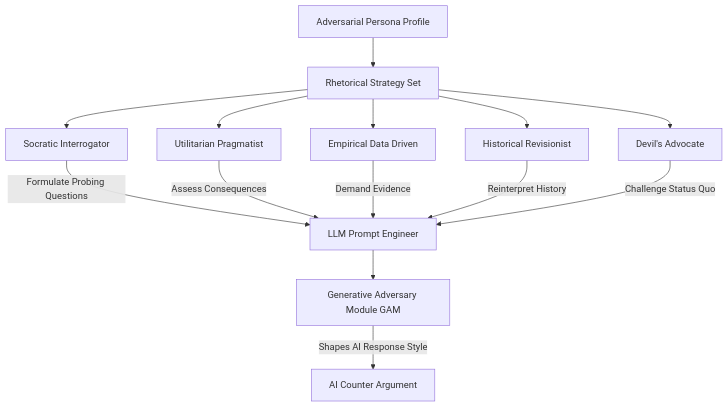
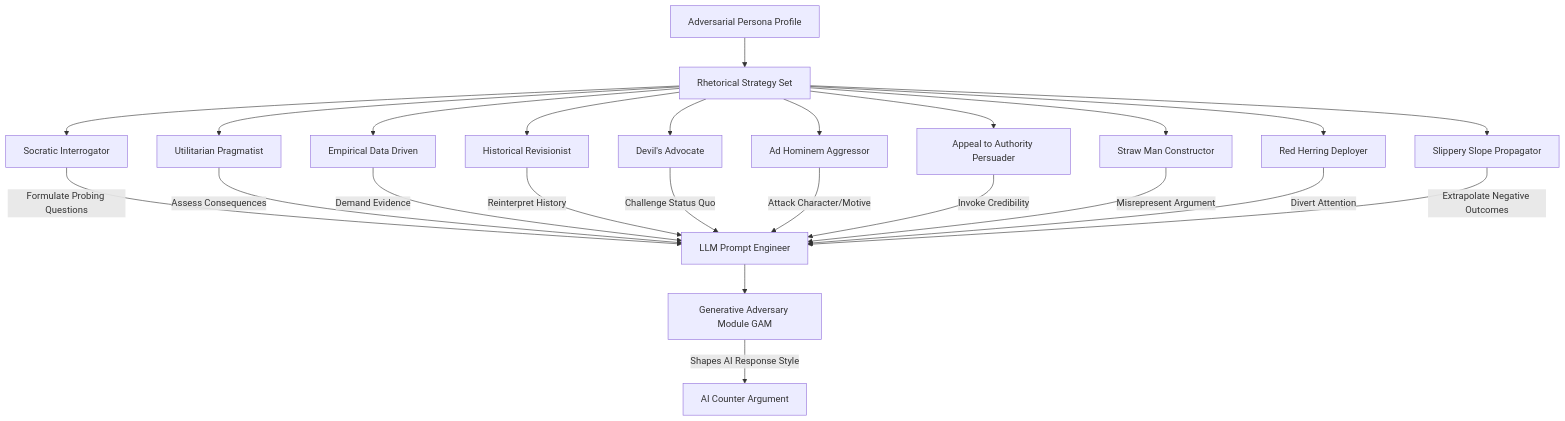
Before and after one commit to diplomat-bit/Citibank_Demo_Business_Inc_Demonstration-: the second of 13 diagrams in inventions/018_ai_debate_adversary/adversarial_persona_strategy.md, drawn with Mermaid. The commit also changed other lines of this file, not shown here.

Commit message:
[AI] Edit: inventions/018_ai_debate_adversary/adversarial_persona_strategy.md

````diff
--- a/inventions/018_ai_debate_adversary/adversarial_persona_strategy.md
+++ b/inventions/018_ai_debate_adversary/adversarial_persona_strategy.md
@@ -67,17 +92,27 @@
 ```mermaid
 graph TD
     A[Adversarial Persona Profile] --> B[Rhetorical Strategy Set];
     B --> C[Socratic Interrogator];
     B --> D[Utilitarian Pragmatist];
     B --> E[Empirical Data Driven];
     B --> F[Historical Revisionist];
     B --> G[Devil's Advocate];
+    B --> H[Ad Hominem Aggressor];
+    B --> I[Appeal to Authority Persuader];
+    B --> J[Straw Man Constructor];
+    B --> K[Red Herring Deployer];
+    B --> L[Slippery Slope Propagator];
 
-    C -- Formulate Probing Questions --> H[LLM Prompt Engineer];
-    D -- Assess Consequences --> H;
-    E -- Demand Evidence --> H;
-    F -- Reinterpret History --> H;
-    G -- Challenge Status Quo --> H;
-    H --> I[Generative Adversary Module GAM];
-    I -- Shapes AI Response Style --> J[AI Counter Argument];
+    C -- Formulate Probing Questions --> M[LLM Prompt Engineer];
+    D -- Assess Consequences --> M;
+    E -- Demand Evidence --> M;
+    F -- Reinterpret History --> M;
+    G -- Challenge Status Quo --> M;
+    H -- Attack Character/Motive --> M;
+    I -- Invoke Credibility --> M;
+    J -- Misrepresent Argument --> M;
+    K -- Divert Attention --> M;
+    L -- Extrapolate Negative Outcomes --> M;
+    M --> N[Generative Adversary Module GAM];
+    N -- Shapes AI Response Style --> O[AI Counter Argument];
 ```
````
